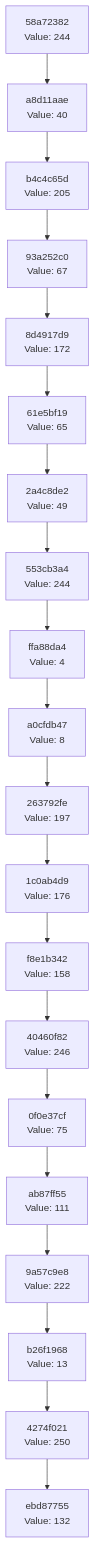
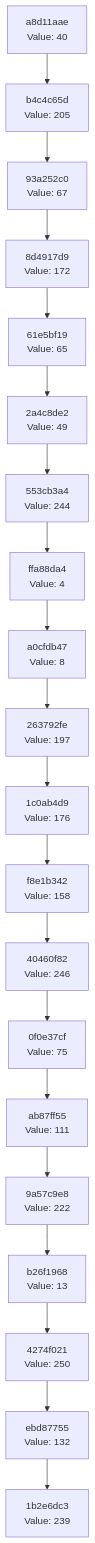
The diagram in docs/CHAIN_VISUALIZATION.md (Abhisheksinha1506/hash-chain-evolver), drawn with Mermaid before and after one commit. The commit also changed 2 other files, not shown here.

Commit message:
Evolution Step

````diff
--- a/docs/CHAIN_VISUALIZATION.md
+++ b/docs/CHAIN_VISUALIZATION.md
@@ -3,42 +3,42 @@
 ```mermaid
 graph TD
-    C0["ebd87755<br/>Value: 132"]
-    C1["4274f021<br/>Value: 250"]
+    C0["1b2e6dc3<br/>Value: 239"]
+    C1["ebd87755<br/>Value: 132"]
     C1 --> C0
-    C2["b26f1968<br/>Value: 13"]
+    C2["4274f021<br/>Value: 250"]
     C2 --> C1
-    C3["9a57c9e8<br/>Value: 222"]
+    C3["b26f1968<br/>Value: 13"]
     C3 --> C2
-    C4["ab87ff55<br/>Value: 111"]
+    C4["9a57c9e8<br/>Value: 222"]
     C4 --> C3
-    C5["0f0e37cf<br/>Value: 75"]
+    C5["ab87ff55<br/>Value: 111"]
     C5 --> C4
-    C6["40460f82<br/>Value: 246"]
+    C6["0f0e37cf<br/>Value: 75"]
     C6 --> C5
-    C7["f8e1b342<br/>Value: 158"]
+    C7["40460f82<br/>Value: 246"]
     C7 --> C6
-    C8["1c0ab4d9<br/>Value: 176"]
+    C8["f8e1b342<br/>Value: 158"]
     C8 --> C7
-    C9["263792fe<br/>Value: 197"]
+    C9["1c0ab4d9<br/>Value: 176"]
     C9 --> C8
-    C10["a0cfdb47<br/>Value: 8"]
+    C10["263792fe<br/>Value: 197"]
     C10 --> C9
-    C11["ffa88da4<br/>Value: 4"]
+    C11["a0cfdb47<br/>Value: 8"]
     C11 --> C10
-    C12["553cb3a4<br/>Value: 244"]
+    C12["ffa88da4<br/>Value: 4"]
     C12 --> C11
-    C13["2a4c8de2<br/>Value: 49"]
+    C13["553cb3a4<br/>Value: 244"]
     C13 --> C12
-    C14["61e5bf19<br/>Value: 65"]
+    C14["2a4c8de2<br/>Value: 49"]
     C14 --> C13
-    C15["8d4917d9<br/>Value: 172"]
+    C15["61e5bf19<br/>Value: 65"]
     C15 --> C14
-    C16["93a252c0<br/>Value: 67"]
+    C16["8d4917d9<br/>Value: 172"]
     C16 --> C15
-    C17["b4c4c65d<br/>Value: 205"]
+    C17["93a252c0<br/>Value: 67"]
     C17 --> C16
-    C18["a8d11aae<br/>Value: 40"]
+    C18["b4c4c65d<br/>Value: 205"]
     C18 --> C17
-    C19["58a72382<br/>Value: 244"]
+    C19["a8d11aae<br/>Value: 40"]
     C19 --> C18
 ```
````
